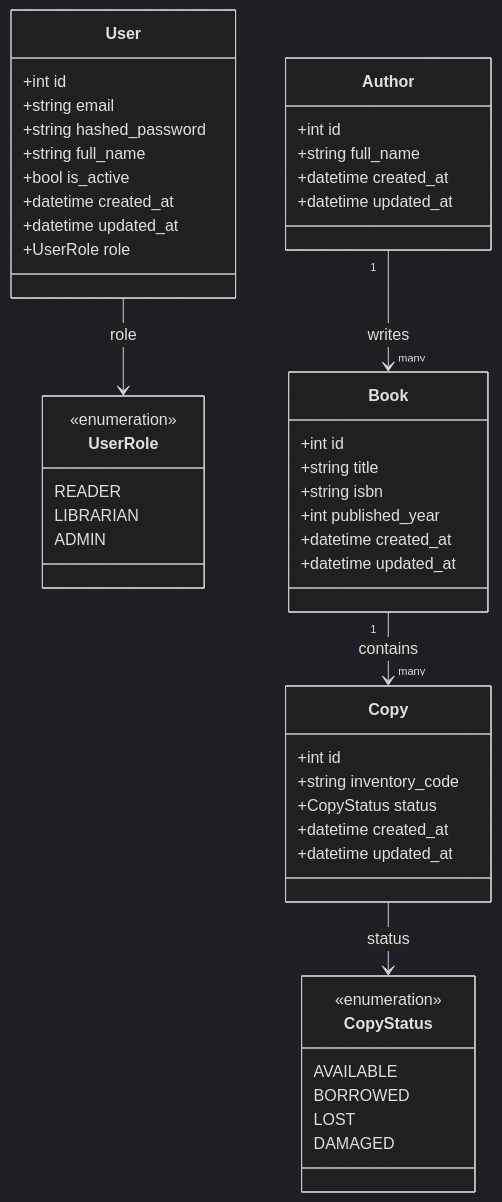
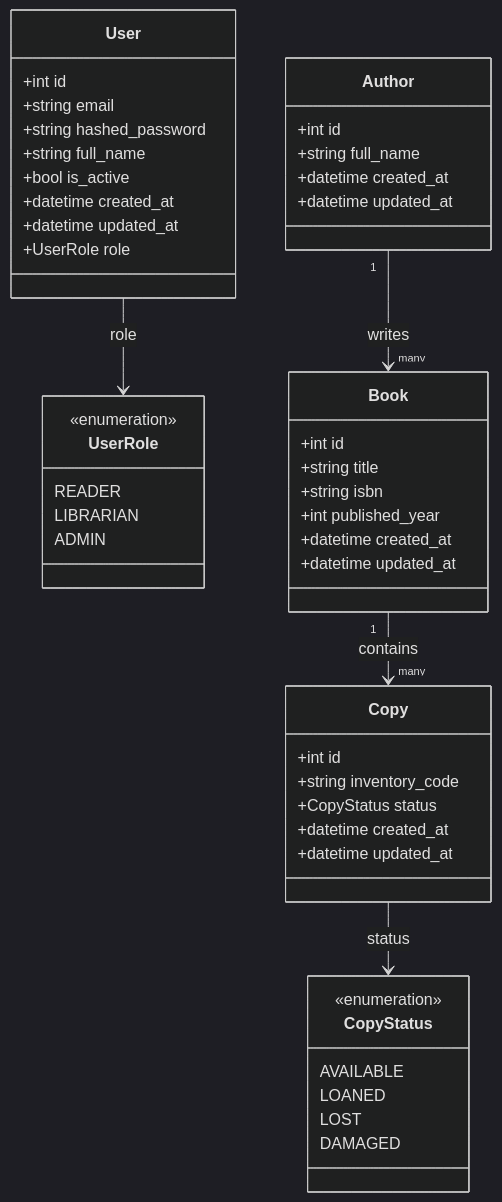
One commit to ktymura/library-management-system changed the diagram in docs/uml/class_diagram.mmd. Above: the diagram before and after it, drawn with Mermaid (dark theme). The commit also changed 31 other files, not shown here.

```diff
--- a/docs/uml/class_diagram.mmd
+++ b/docs/uml/class_diagram.mmd
@@ -1,58 +1,58 @@
 classDiagram
 
 class User {
     +int id
     +string email
     +string hashed_password
     +string full_name
     +bool is_active
     +datetime created_at
     +datetime updated_at
     +UserRole role
 }
 
 class UserRole {
     <<enumeration>>
     READER
     LIBRARIAN
     ADMIN
 }
 
 class Author {
     +int id
     +string full_name
     +datetime created_at
     +datetime updated_at
 }
 
 class Book {
     +int id
     +string title
     +string isbn
     +int published_year
     +datetime created_at
     +datetime updated_at
 }
 
 class Copy {
     +int id
     +string inventory_code
     +CopyStatus status
     +datetime created_at
     +datetime updated_at
 }
 
 class CopyStatus {
     <<enumeration>>
     AVAILABLE
-    BORROWED
+    LOANED
     LOST
     DAMAGED
 }
 
 User --> UserRole : role
 
 Author "1" --> "many" Book : writes
 Book "1" --> "many" Copy : contains
 
 Copy --> CopyStatus : status
```
